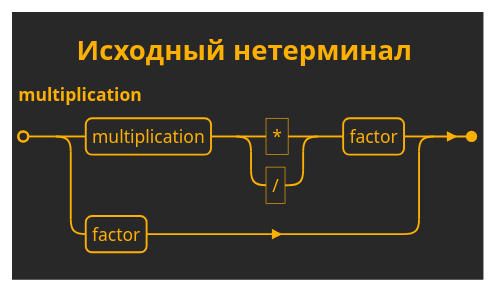
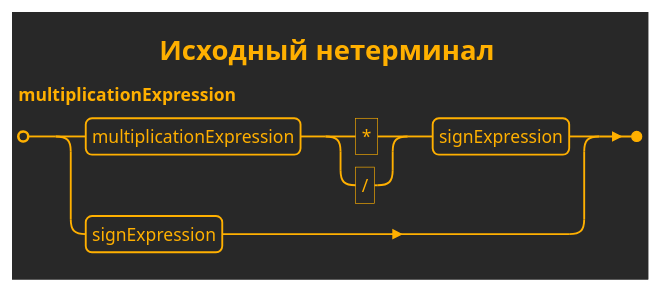
The eighth of 13 diagrams in Domain/MURQ.Domain/URQL/docs/URQL Lines Syntax.md (realsonic/MURQ), drawn with PlantUML before and after one commit. The commit also changed other lines of this file and 9 other files, not shown here.

````diff
--- a/Domain/MURQ.Domain/URQL/docs/URQL Lines Syntax.md
+++ b/Domain/MURQ.Domain/URQL/docs/URQL Lines Syntax.md
@@ -165,11 +168,9 @@
 ```plantuml
-@startebnf Исходный multiplication
+@startebnf Исходный multiplicationExpression
 !theme crt-amber
-
 title Исходный нетерминал
-
-multiplication =
-    multiplication, ('*' | "/"), factor
-  | factor;
+multiplicationExpression =
+    multiplicationExpression, ( '*' | "/" ), signExpression
+  | signExpression;
 @endebnf
 ```
````
